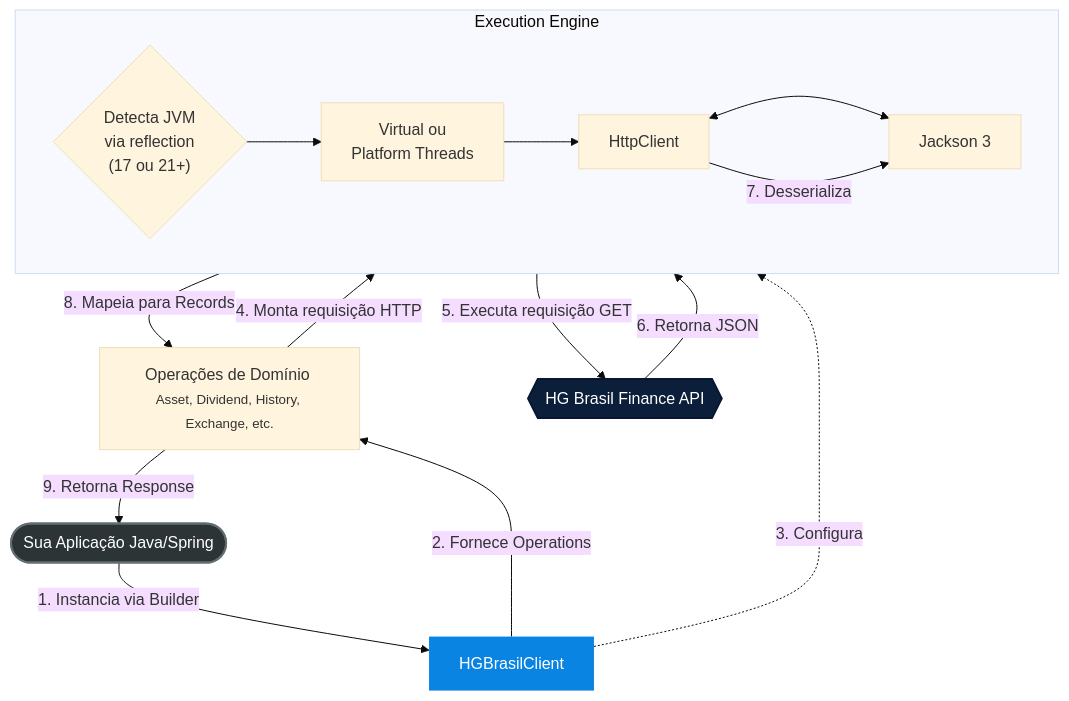
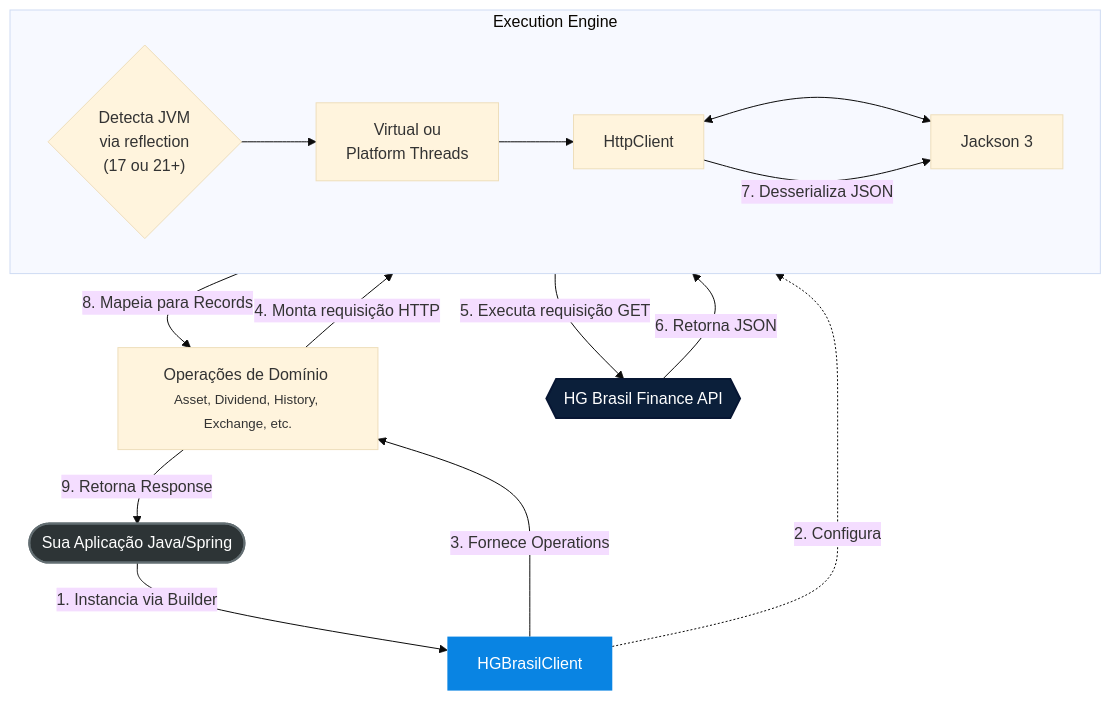
The diagram in README.pt-BR.md (jvlealc/hgbrasil-finance-java), drawn with Mermaid (base theme) before and after one commit.

Commit message:
docs: update main README.pt-BR

````diff
--- a/README.pt-BR.md
+++ b/README.pt-BR.md
@@ -122,27 +122,27 @@
 ```mermaid
 flowchart TD
    classDef app fill:#2d3436,stroke:#636e72,stroke-width:2px,color:#fff
    classDef client fill:#0984e3,stroke:#000,stroke-width:0px,color:#fff
    classDef api fill:#0b1f3a,stroke:#071633,stroke-width:2px,color:#fff
 
    App([Sua Aplicação Java/Spring]):::app -->|1. Instancia via Builder| Client
 
    Client[HGBrasilClient]:::client
 
-   Client -->|2. Fornece Operations| Ops[Operações de Domínio <br/><small>Asset, Dividend, History, Exchange, etc.</small>]:::domain
-   Client -.->|3. Configura| ExecutionEngine
+   Client -.->|2. Configura| ExecutionEngine
+   Client -->|3. Fornece Operations| Ops[Operações de Domínio <br/><small>Asset, Dividend, History, Exchange, etc.</small>]:::domain
 
    subgraph ExecutionEngine [Execution Engine]
       direction LR
       Reflect{"Detecta JVM<br/>via reflection<br/>(17 ou 21+)"}:::engine --> Threads[Virtual ou<br/>Platform Threads]:::engine
       Threads --> Http[HttpClient]:::engine
       Http <--> Json[Jackson 3]:::engine
    end
 
    Ops -->|4. Monta requisição HTTP| Http
    Http -->|5. Executa requisição GET| API{{HG Brasil Finance API}}:::api
    API -->|6. Retorna JSON| Http
-   Http -->|7. Desserializa| Json
+   Http -->|7. Desserializa JSON| Json
    Json -->|8. Mapeia para Records| Ops
    Ops -->|9. Retorna Response| App
 ```
````
